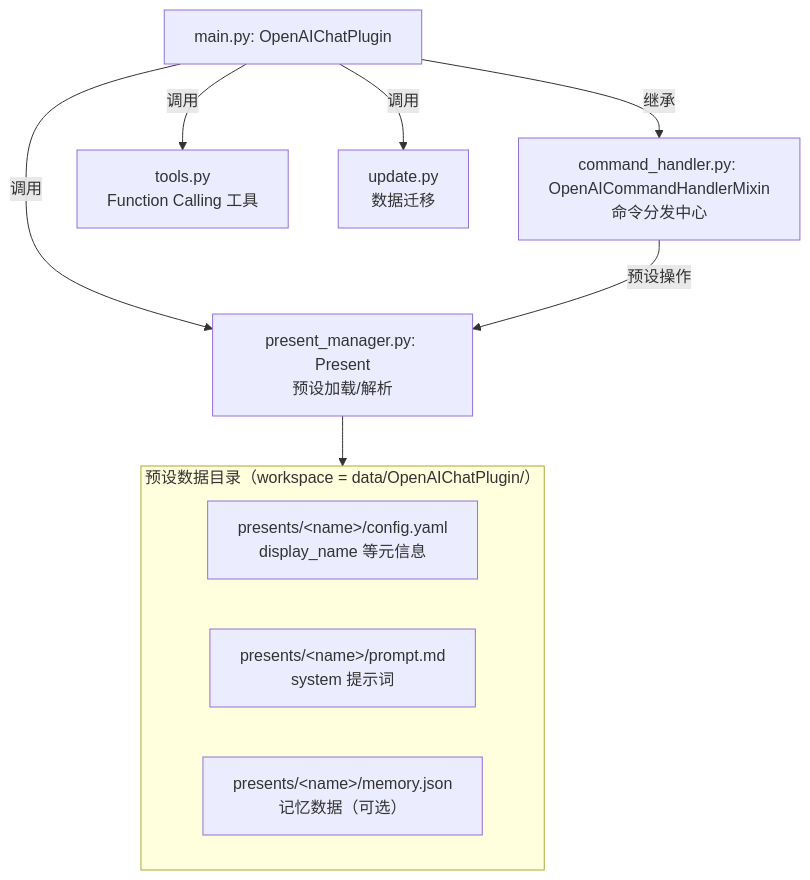
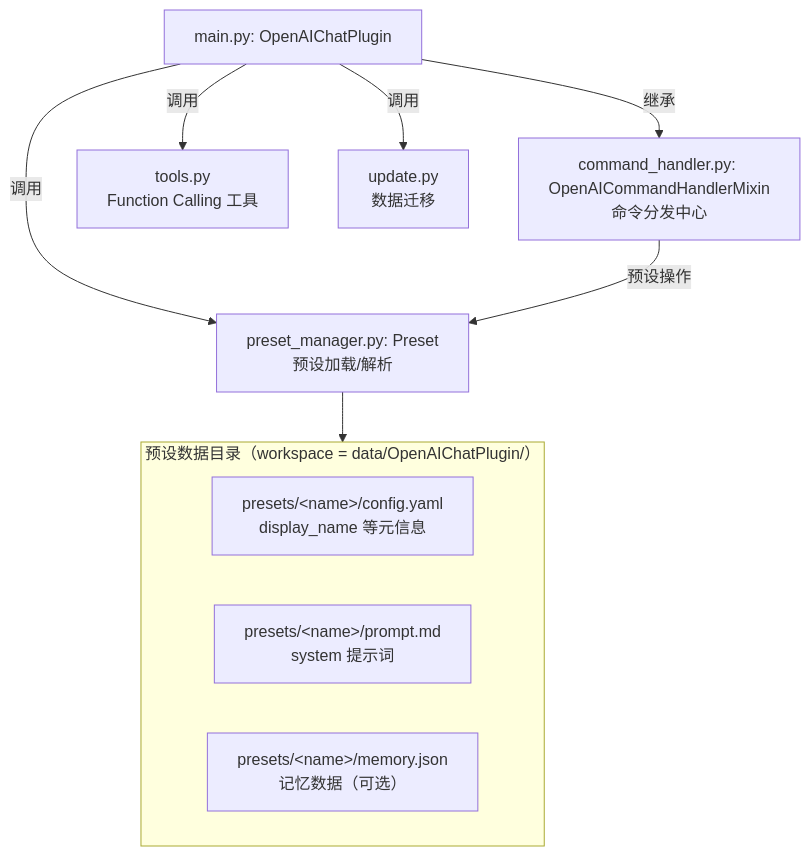
The first of 3 diagrams in AGENTS.md (Yang-qwq/openai_chat_plugin), drawn with Mermaid before and after one commit. The commit also changed other lines of this file and 9 other files, not shown here.

````diff
--- a/AGENTS.md
+++ b/AGENTS.md
@@ -28,18 +28,18 @@
 ```mermaid
 flowchart TB
     Main["main.py: OpenAIChatPlugin"]
     Main-->|"继承"|Cmd["command_handler.py: OpenAICommandHandlerMixin<br/>命令分发中心"]
-    Main-->|"调用"|PM["present_manager.py: Present<br/>预设加载/解析"]
+    Main-->|"调用"|PM["preset_manager.py: Preset<br/>预设加载/解析"]
     Main-->|"调用"|Tools["tools.py<br/>Function Calling 工具"]
     Main-->|"调用"|Upd["update.py<br/>数据迁移"]
 
     Cmd-->|"预设操作"|PM
 
     subgraph Preset["预设数据目录（workspace = data/OpenAIChatPlugin/）"]
-        Config["presents/&lt;name&gt;/config.yaml<br/>display_name 等元信息"]
-        Prompt["presents/&lt;name&gt;/prompt.md<br/>system 提示词"]
-        Memory["presents/&lt;name&gt;/memory.json<br/>记忆数据（可选）"]
+        Config["presets/&lt;name&gt;/config.yaml<br/>display_name 等元信息"]
+        Prompt["presets/&lt;name&gt;/prompt.md<br/>system 提示词"]
+        Memory["presets/&lt;name&gt;/memory.json<br/>记忆数据（可选）"]
     end
 
     PM-->Preset
 ```
````
